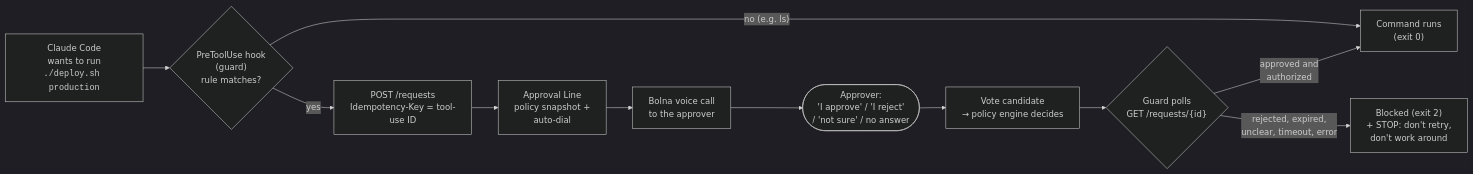
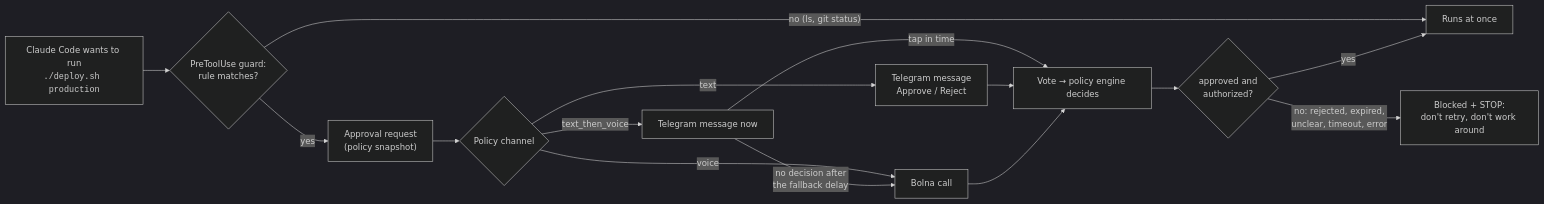
Before and after one commit to iam-harshitha/voice_up: the diagram in README.md, drawn with Mermaid (dark theme). The commit also changed other lines of this file and 3 other files, not shown here.

````diff
--- a/README.md
+++ b/README.md
@@ -18,13 +17,17 @@
 ```mermaid
 flowchart LR
-    A["Claude Code<br/>wants to run<br/><code>./deploy.sh production</code>"] --> G{"PreToolUse hook<br/>(guard)<br/>rule matches?"}
-    G -- "no (e.g. ls)" --> RUN["Command runs<br/>(exit 0)"]
-    G -- yes --> R["POST /requests<br/>Idempotency-Key = tool-use ID"]
-    R --> P["Approval Line<br/>policy snapshot +<br/>auto-dial"]
-    P --> V["Bolna voice call<br/>to the approver"]
-    V --> H(["Approver:<br/>'I approve' / 'I reject'<br/>/ 'not sure' / no answer"])
-    H --> E["Vote candidate<br/>→ policy engine decides"]
-    E --> W{"Guard polls<br/>GET /requests/{id}"}
-    W -- "approved and<br/>authorized" --> RUN
-    W -- "rejected, expired,<br/>unclear, timeout, error" --> BLOCK["Blocked (exit 2)<br/>+ STOP: don't retry,<br/>don't work around"]
+    A["Claude Code wants to run<br/><code>./deploy.sh production</code>"] --> G{"PreToolUse guard:<br/>rule matches?"}
+    G -- "no (ls, git status)" --> RUN["Runs at once"]
+    G -- yes --> R["Approval request<br/>(policy snapshot)"]
+    R --> C{"Policy channel"}
+    C -- voice --> V["Bolna call"]
+    C -- text --> T["Telegram message<br/>Approve / Reject"]
+    C -- text_then_voice --> T2["Telegram message now"]
+    T2 -- "tap in time" --> D
+    T2 -- "no decision after<br/>the fallback delay" --> V
+    T --> D["Vote → policy engine decides"]
+    V --> D
+    D --> W{"approved and<br/>authorized?"}
+    W -- yes --> RUN
+    W -- "no: rejected, expired,<br/>unclear, timeout, error" --> BLOCK["Blocked + STOP:<br/>don't retry, don't work around"]
 ```
````
